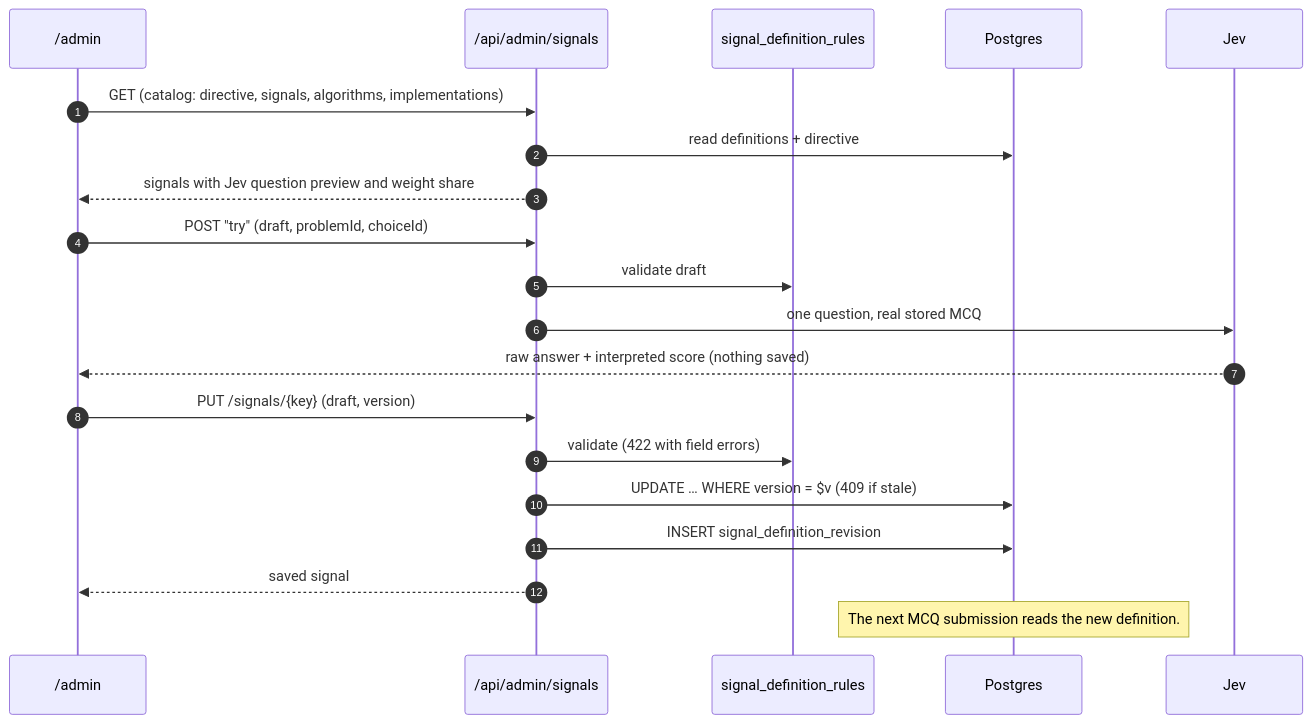
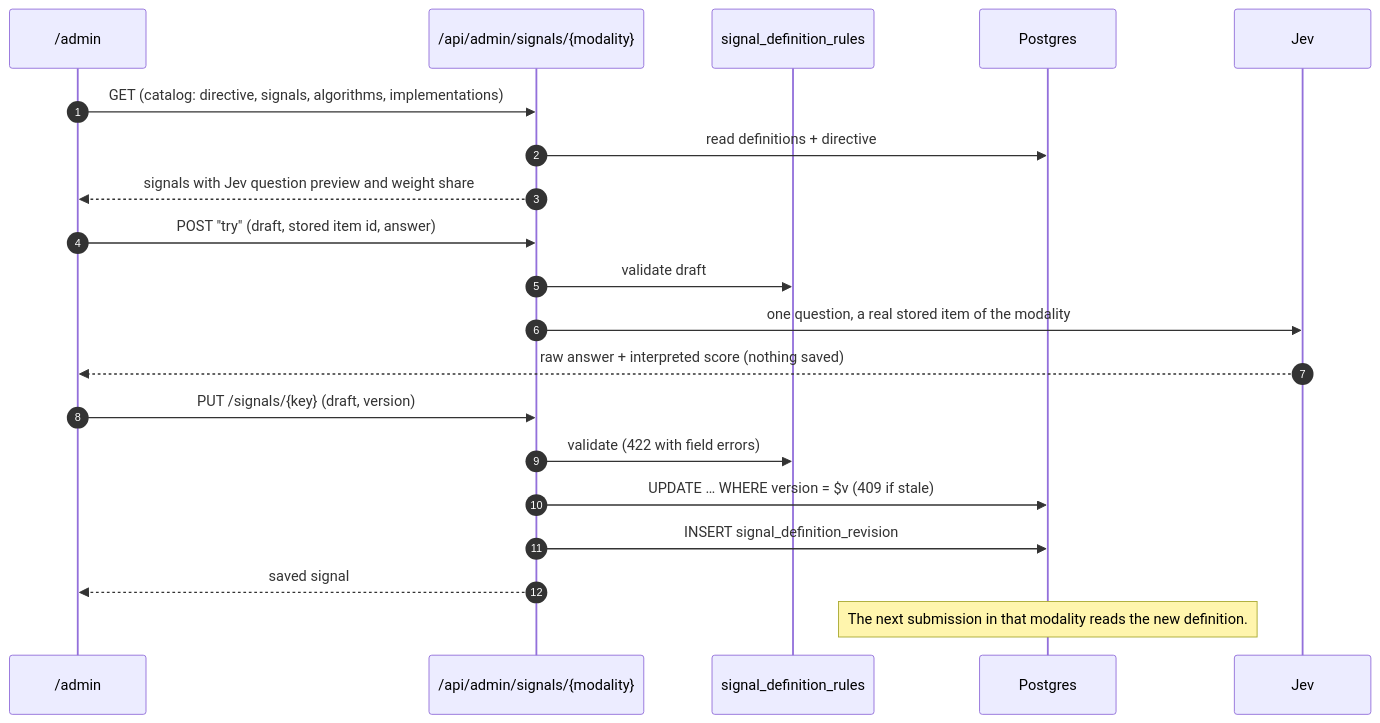
The fifth of 5 diagrams in docs/data-flow.md (maxmarzolf/system1), drawn with Mermaid before and after one commit. The commit also changed other lines of this file and 8 other files, not shown here.

````diff
--- a/docs/data-flow.md
+++ b/docs/data-flow.md
@@ -147,25 +157,25 @@
 ```mermaid
 sequenceDiagram
   autonumber
   participant Admin as /admin
-  participant API as /api/admin/signals
+  participant API as /api/admin/signals/{modality}
   participant Rules as signal_definition_rules
   participant DB as Postgres
   participant Jev
 
   Admin->>API: GET (catalog: directive, signals, algorithms, implementations)
   API->>DB: read definitions + directive
   API-->>Admin: signals with Jev question preview and weight share
 
-  Admin->>API: POST "try" (draft, problemId, choiceId)
+  Admin->>API: POST "try" (draft, stored item id, answer)
   API->>Rules: validate draft
-  API->>Jev: one question, real stored MCQ
+  API->>Jev: one question, a real stored item of the modality
   Jev-->>Admin: raw answer + interpreted score (nothing saved)
 
   Admin->>API: PUT /signals/{key} (draft, version)
   API->>Rules: validate (422 with field errors)
   API->>DB: UPDATE … WHERE version = $v (409 if stale)
   API->>DB: INSERT signal_definition_revision
   API-->>Admin: saved signal
-  Note over DB: The next MCQ submission reads the new definition.
+  Note over DB: The next submission in that modality reads the new definition.
 ```
````
